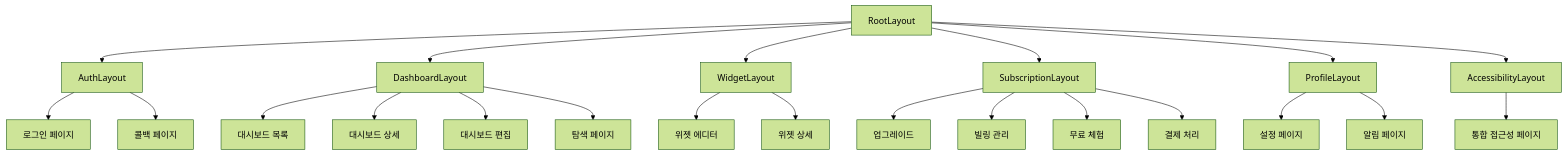
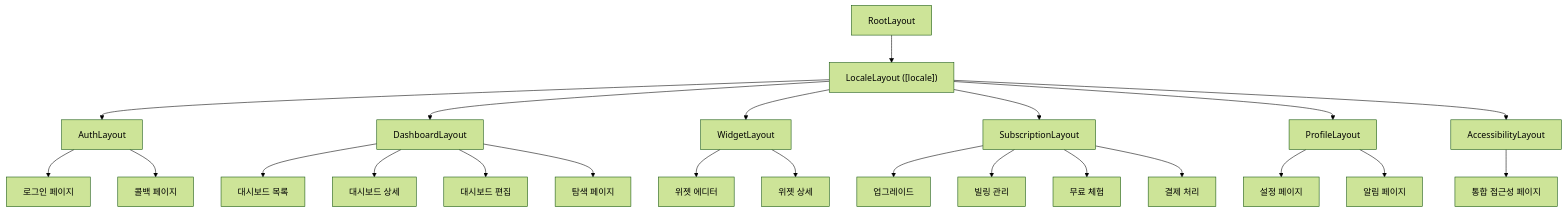
One commit to Seungwoo321/etorch-docs changed the third of 5 diagrams in frontend/routing.md. Above: the diagram before and after it, drawn with Mermaid (forest theme). The commit also changed other lines of this file and 2 other files, not shown here.

````diff
--- a/frontend/routing.md
+++ b/frontend/routing.md
@@ -237,30 +477,32 @@
 ```mermaid
 flowchart TD
-    Root[RootLayout] --> Auth[AuthLayout]
-    Root --> Dashboard[DashboardLayout]
-    Root --> Widget[WidgetLayout]
-    Root --> Subscription[SubscriptionLayout]
-    Root --> Profile[ProfileLayout]
-    Root --> Accessibility[AccessibilityLayout]
+    Root[RootLayout] --> Locale["LocaleLayout ([locale])"]
+    
+    Locale --> Auth[AuthLayout]
+    Locale --> Dashboard[DashboardLayout]
+    Locale --> Widget[WidgetLayout]
+    Locale --> Subscription[SubscriptionLayout]
+    Locale --> Profile[ProfileLayout]
+    Locale --> Accessibility[AccessibilityLayout]
     
     Auth --> Login[로그인 페이지]
     Auth --> Callback[콜백 페이지]
     
     Dashboard --> DashboardList[대시보드 목록]
     Dashboard --> DashboardDetail[대시보드 상세]
     Dashboard --> DashboardEdit[대시보드 편집]
     Dashboard --> Explore[탐색 페이지]
     
     Widget --> WidgetEditor[위젯 에디터]
     Widget --> WidgetDetail[위젯 상세]
     
     Subscription --> Upgrade[업그레이드]
     Subscription --> Billing[빌링 관리]
     Subscription --> Trial[무료 체험]
     Subscription --> Payment[결제 처리]
     
     Profile --> Settings[설정 페이지]
     Profile --> Notifications[알림 페이지]
     
     Accessibility --> AccessibilityPage[통합 접근성 페이지]
 ```
````
